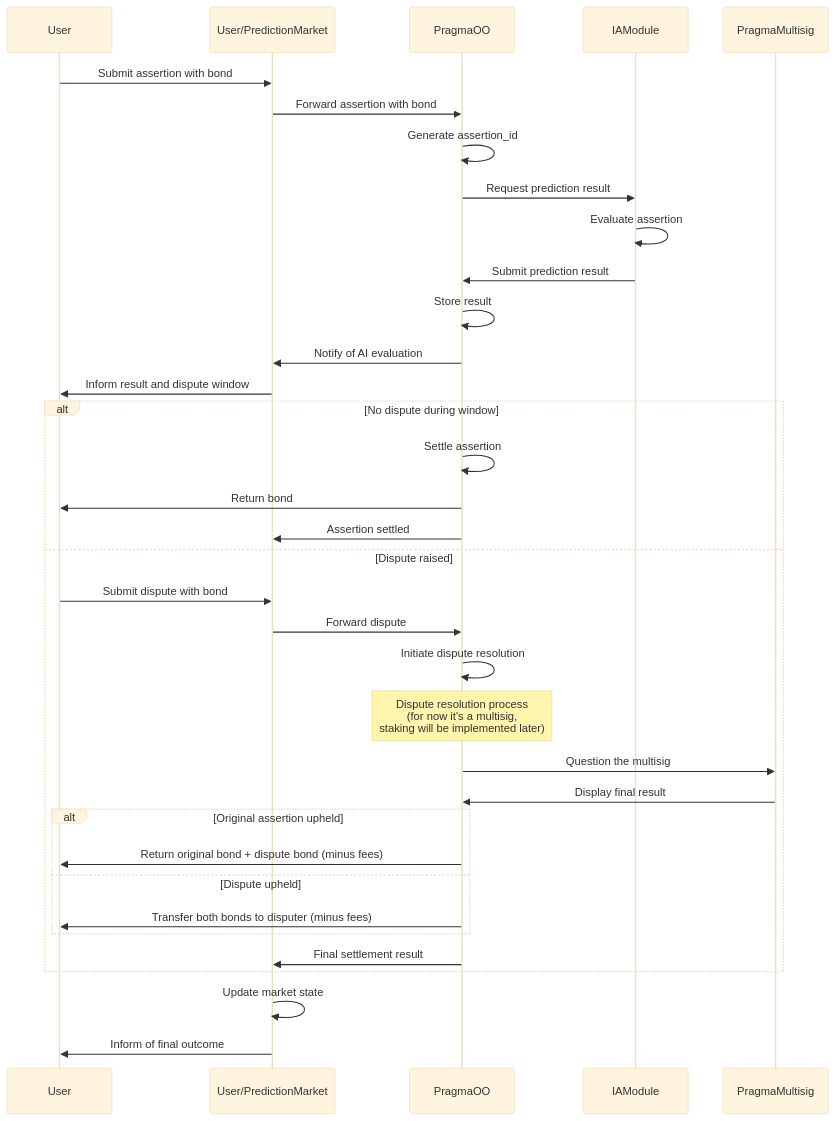
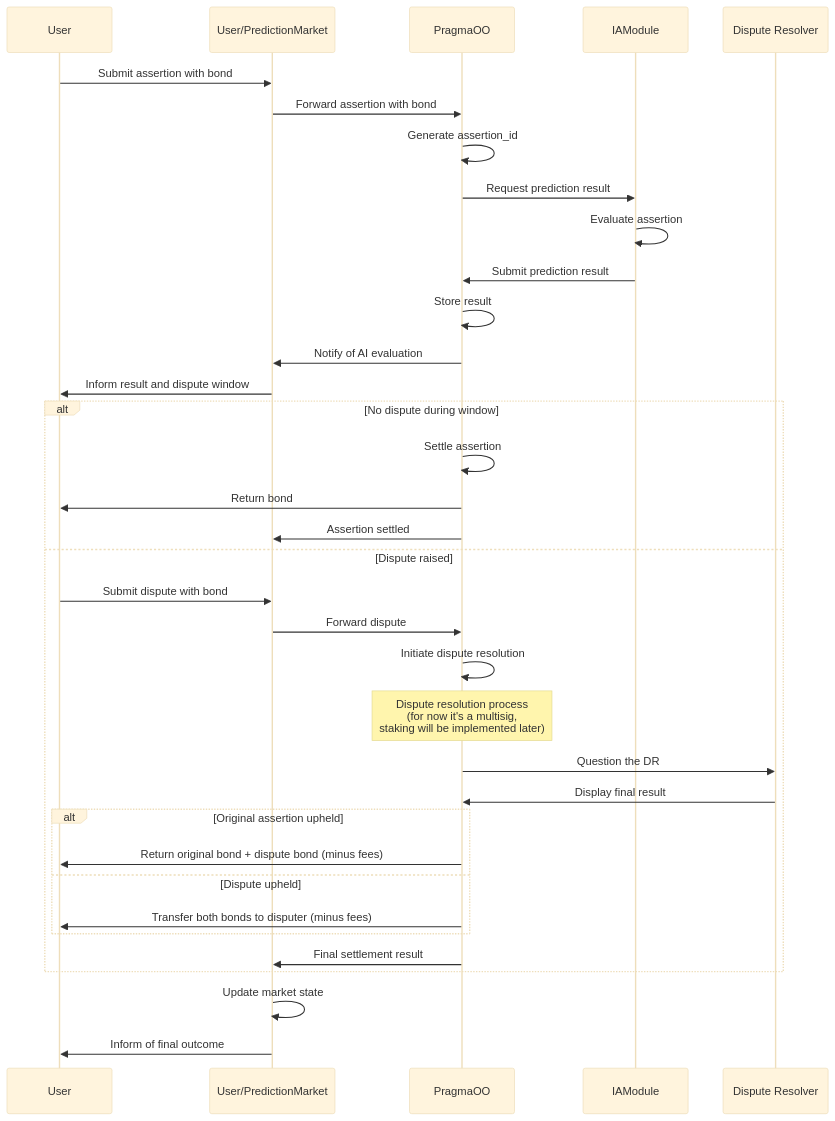
Before and after one commit to astraly-labs/Optimistic-Oracle: the first of 2 diagrams in README.md, drawn with Mermaid (base theme).

Commit message:
fix(REDME): name refactor

````diff
--- a/README.md
+++ b/README.md
@@ -13,42 +13,42 @@
 ```mermaid
 sequenceDiagram
     participant User
     participant User/PredictionMarket
     participant PragmaOO
     participant IAModule
-    participant PragmaMultisig
+    participant Dispute Resolver
 
     User->>User/PredictionMarket: Submit assertion with bond
     User/PredictionMarket->>PragmaOO: Forward assertion with bond
     PragmaOO->>PragmaOO: Generate assertion_id
     PragmaOO->>IAModule: Request prediction result
     IAModule->>IAModule: Evaluate assertion
     IAModule->>PragmaOO: Submit prediction result
     PragmaOO->>PragmaOO: Store result
     PragmaOO->>User/PredictionMarket: Notify of AI evaluation
     User/PredictionMarket->>User: Inform result and dispute window
 
     alt No dispute during window
         PragmaOO->>PragmaOO: Settle assertion
         PragmaOO->>User: Return bond
         PragmaOO->>User/PredictionMarket: Assertion settled
     else Dispute raised
         User->>User/PredictionMarket: Submit dispute with bond
         User/PredictionMarket->>PragmaOO: Forward dispute
         PragmaOO->>PragmaOO: Initiate dispute resolution
         Note over PragmaOO: Dispute resolution process<br>(for now it's a multisig, <br>staking will be implemented later)
-        PragmaOO->>PragmaMultisig: Question the multisig
-        PragmaMultisig->>PragmaOO: Display final result
+        PragmaOO->>Dispute Resolver: Question the DR
+        Dispute Resolver->>PragmaOO: Display final result
         
         alt Original assertion upheld
             PragmaOO->>User: Return original bond + dispute bond (minus fees)
         else Dispute upheld
             PragmaOO->>User: Transfer both bonds to disputer (minus fees)
         end
         
         PragmaOO->>User/PredictionMarket: Final settlement result
     end
 
     User/PredictionMarket->>User/PredictionMarket: Update market state
     User/PredictionMarket->>User: Inform of final outcome
 ```
````
